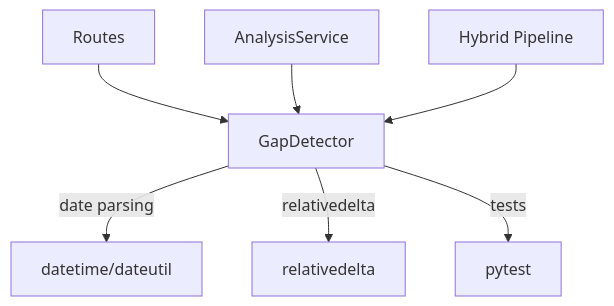
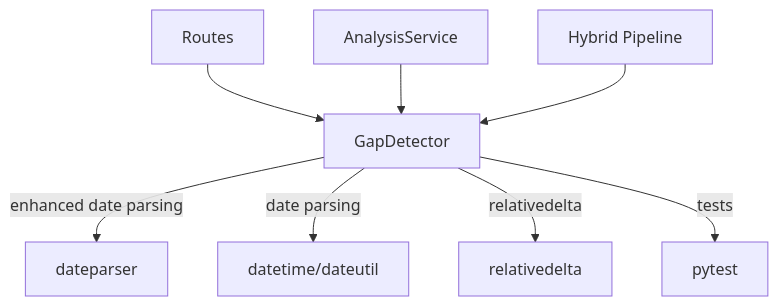
Before and after one commit to Revanththetalogics/aireume: the sixth of 6 diagrams in .qoder/repowiki/en/content/Analysis Engine/Employment Gap Detection.md, drawn with Mermaid. The commit also changed other lines of this file and 41 other files, not shown here.

````diff
--- a/.qoder/repowiki/en/content/Analysis Engine/Employment Gap Detection.md
+++ b/.qoder/repowiki/en/content/Analysis Engine/Employment Gap Detection.md
@@ -311,9 +348,10 @@
 ```mermaid
 graph TB
-GD["GapDetector"] --> |date parsing| DT["datetime/dateutil"]
+GD["GapDetector"] --> |enhanced date parsing| DP["dateparser"]
+GD --> |date parsing| DT["datetime/dateutil"]
 GD --> |relativedelta| RD["relativedelta"]
 GD --> |tests| T["pytest"]
 Route["Routes"] --> GD
 Analysis["AnalysisService"] --> GD
 Hybrid["Hybrid Pipeline"] --> GD
 ```
````
